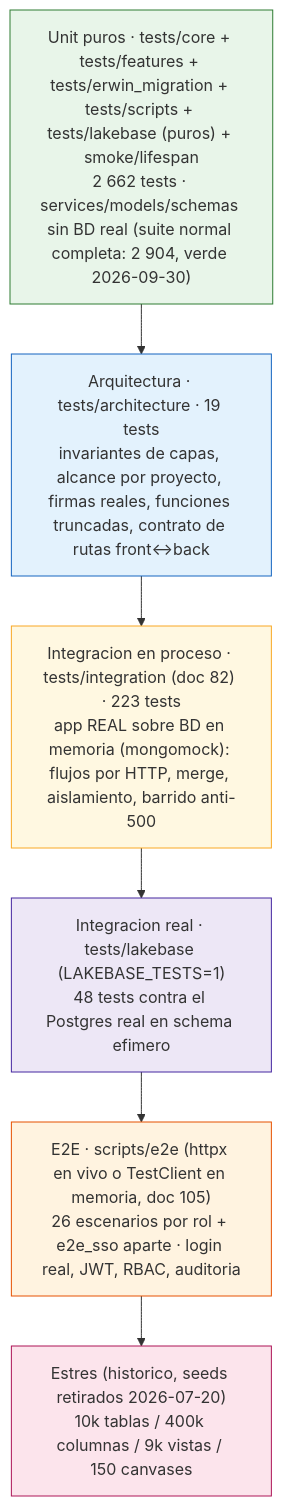
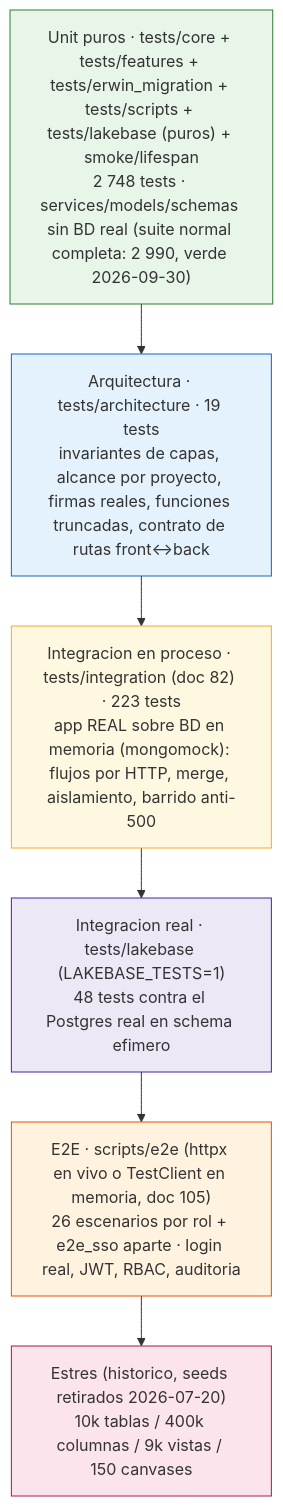
Before and after one commit to Carlosmps97/backend-data-model-hub: the first of 6 diagrams in doc/testing.md, drawn with Mermaid. The commit also changed other lines of this file and 15 other files, not shown here.

````diff
--- a/doc/testing.md
+++ b/doc/testing.md
@@ -21,18 +21,18 @@
 ```mermaid
 flowchart TD
     A["Estres (historico, seeds retirados 2026-07-20)<br/>10k tablas / 400k columnas / 9k vistas / 150 canvases"]
     B["E2E · scripts/e2e (httpx en vivo o TestClient en memoria, doc 105)<br/>26 escenarios por rol + e2e_sso aparte · login real, JWT, RBAC, auditoria"]
     L["Integracion real · tests/lakebase (LAKEBASE_TESTS=1)<br/>48 tests contra el Postgres real en schema efimero"]
     I["Integracion en proceso · tests/integration (doc 82) · 223 tests<br/>app REAL sobre BD en memoria (mongomock): flujos por HTTP, merge, aislamiento, barrido anti-500"]
     C["Arquitectura · tests/architecture · 19 tests<br/>invariantes de capas, alcance por proyecto, firmas reales, funciones truncadas, contrato de rutas front↔back"]
-    D["Unit puros · tests/core + tests/features + tests/erwin_migration + tests/scripts + tests/lakebase (puros) + smoke/lifespan<br/>2 662 tests · services/models/schemas sin BD real (suite normal completa: 2 904, verde 2026-09-30)"]
+    D["Unit puros · tests/core + tests/features + tests/erwin_migration + tests/scripts + tests/lakebase (puros) + smoke/lifespan<br/>2 748 tests · services/models/schemas sin BD real (suite normal completa: 2 990, verde 2026-09-30)"]
 
     D --> C --> I --> L --> B --> A
 
     style D fill:#e8f5e9,stroke:#2e7d32
     style C fill:#e3f2fd,stroke:#1565c0
     style I fill:#fff8e1,stroke:#f9a825
     style L fill:#ede7f6,stroke:#4527a0
     style B fill:#fff3e0,stroke:#e65100
     style A fill:#fce4ec,stroke:#ad1457
 ```
````
